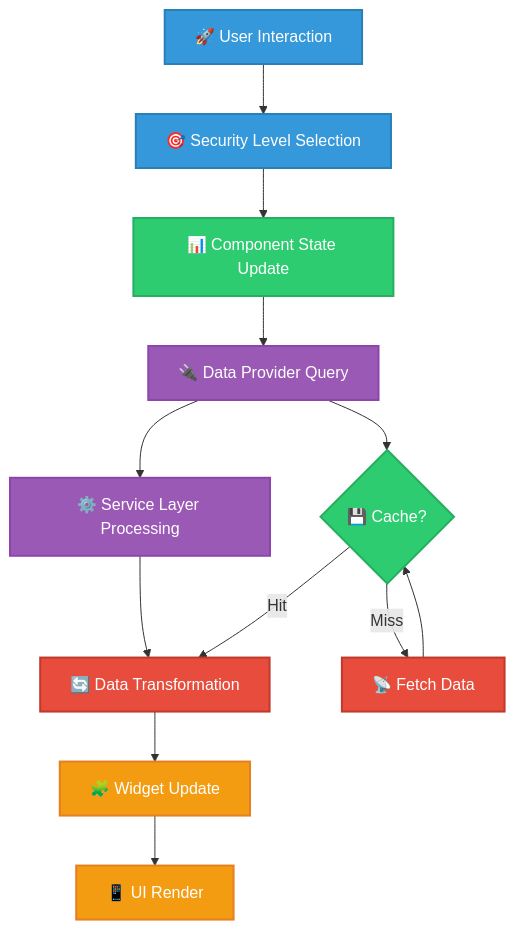
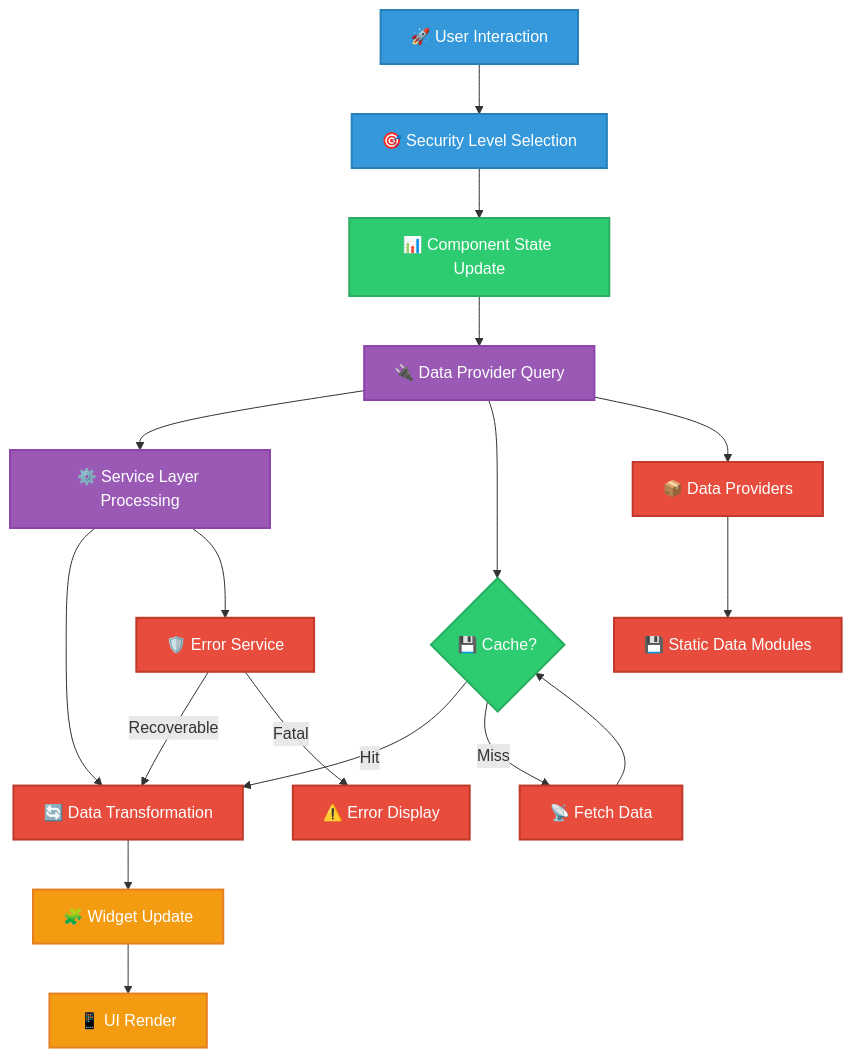
The fourth of 6 diagrams in docs/architecture/DATA_MODEL.md (Hack23/cia-compliance-manager), drawn with Mermaid before and after one commit. The commit also changed other lines of this file, not shown here.

First line of the commit message:
docs: update DATA_MODEL.md to reflect v1.1.32 current state

````diff
--- a/docs/architecture/DATA_MODEL.md
+++ b/docs/architecture/DATA_MODEL.md
@@ -1269,27 +1285,36 @@
 ```mermaid
 flowchart TD
     Start[🚀 User Interaction] --> Selection[🎯 Security Level Selection]
     Selection --> State[📊 Component State Update]
     State --> Provider[🔌 Data Provider Query]
     Provider --> Service[⚙️ Service Layer Processing]
     Service --> Transform[🔄 Data Transformation]
     Transform --> Widgets[🧩 Widget Update]
     Widgets --> Display[📱 UI Render]
     
     Provider --> Cache{💾 Cache?}
     Cache -->|Hit| Transform
     Cache -->|Miss| Fetch[📡 Fetch Data]
     Fetch --> Cache
     
+    Service --> ErrorSvc[🛡️ Error Service]
+    ErrorSvc -->|Recoverable| Transform
+    ErrorSvc -->|Fatal| ErrorUI[⚠️ Error Display]
+    
+    Provider --> DataProv[📦 Data Providers]
+    DataProv --> StaticData[💾 Static Data Modules]
+    
     classDef user fill:#3498db,stroke:#2980b9,stroke-width:2px,color:#fff
     classDef state fill:#2ecc71,stroke:#27ae60,stroke-width:2px,color:#fff
     classDef service fill:#9b59b6,stroke:#8e44ad,stroke-width:2px,color:#fff
     classDef data fill:#e74c3c,stroke:#c0392b,stroke-width:2px,color:#fff
     classDef ui fill:#f39c12,stroke:#e67e22,stroke-width:2px,color:#fff
+    classDef error fill:#e74c3c,stroke:#c0392b,stroke-width:2px,color:#fff
     
     class Start,Selection user
     class State,Cache state
     class Provider,Service service
-    class Fetch,Transform data
+    class Fetch,Transform,DataProv,StaticData data
     class Widgets,Display ui
+    class ErrorSvc,ErrorUI error
 ```
````
